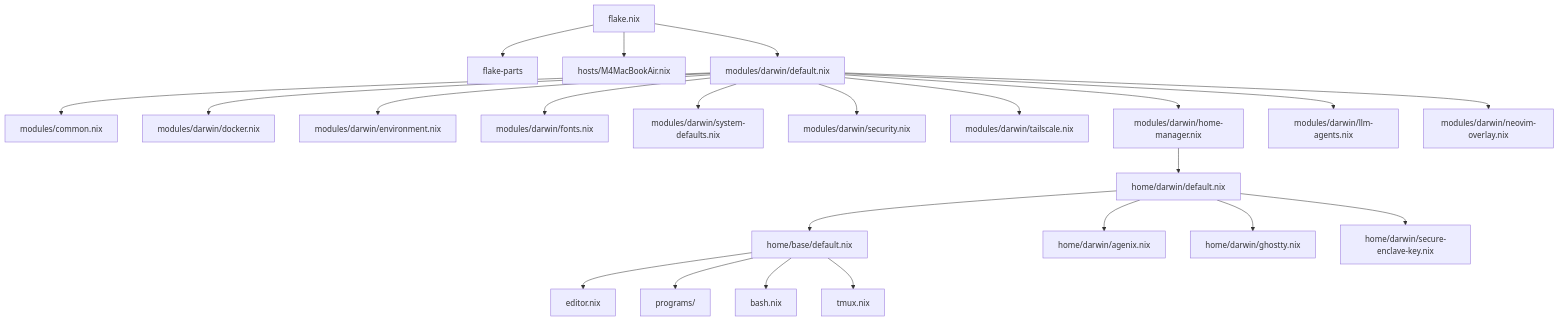
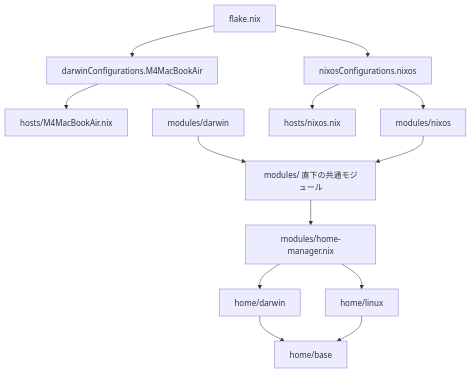
One commit to pranc1ngpegasus/dotfiles changed the diagram in docs/architecture.md. Above: the diagram before and after it, drawn with Mermaid. The commit also changed other lines of this file and 32 other files, not shown here.

First line of the commit message:
refactor: macOS と NixOS の設定を共通化し Determinate Nix を整理する

````diff
--- a/docs/architecture.md
+++ b/docs/architecture.md
@@ -5,25 +5,16 @@
 ```mermaid
 graph TD
-    flake[flake.nix] --> parts[flake-parts]
-    flake --> host[hosts/M4MacBookAir.nix]
-    flake --> darwin[modules/darwin/default.nix]
-    darwin --> common[modules/common.nix]
-    darwin --> docker[modules/darwin/docker.nix]
-    darwin --> environment[modules/darwin/environment.nix]
-    darwin --> fonts[modules/darwin/fonts.nix]
-    darwin --> defaults[modules/darwin/system-defaults.nix]
-    darwin --> security[modules/darwin/security.nix]
-    darwin --> tailscale[modules/darwin/tailscale.nix]
-    darwin --> homeManager[modules/darwin/home-manager.nix]
-    darwin --> agents[modules/darwin/llm-agents.nix]
-    darwin --> neovimOverlay[modules/darwin/neovim-overlay.nix]
-    homeManager --> darwinHome[home/darwin/default.nix]
-    darwinHome --> baseHome[home/base/default.nix]
-    darwinHome --> agenix[home/darwin/agenix.nix]
-    darwinHome --> ghostty[home/darwin/ghostty.nix]
-    darwinHome --> secureEnclaveKey[home/darwin/secure-enclave-key.nix]
-    baseHome --> editor[editor.nix]
-    baseHome --> programs[programs/]
-    baseHome --> bash[bash.nix]
-    baseHome --> tmux[tmux.nix]
+    flake["flake.nix"] --> darwinCfg["darwinConfigurations.M4MacBookAir"]
+    flake --> nixosCfg["nixosConfigurations.nixos"]
+    darwinCfg --> darwinHost["hosts/M4MacBookAir.nix"]
+    darwinCfg --> darwinMods["modules/darwin"]
+    nixosCfg --> nixosHost["hosts/nixos.nix"]
+    nixosCfg --> nixosMods["modules/nixos"]
+    darwinMods --> commonMods["modules/ 直下の共通モジュール"]
+    nixosMods --> commonMods
+    commonMods --> hm["modules/home-manager.nix"]
+    hm --> darwinHome["home/darwin"]
+    hm --> linuxHome["home/linux"]
+    darwinHome --> baseHome["home/base"]
+    linuxHome --> baseHome
 ```
````
